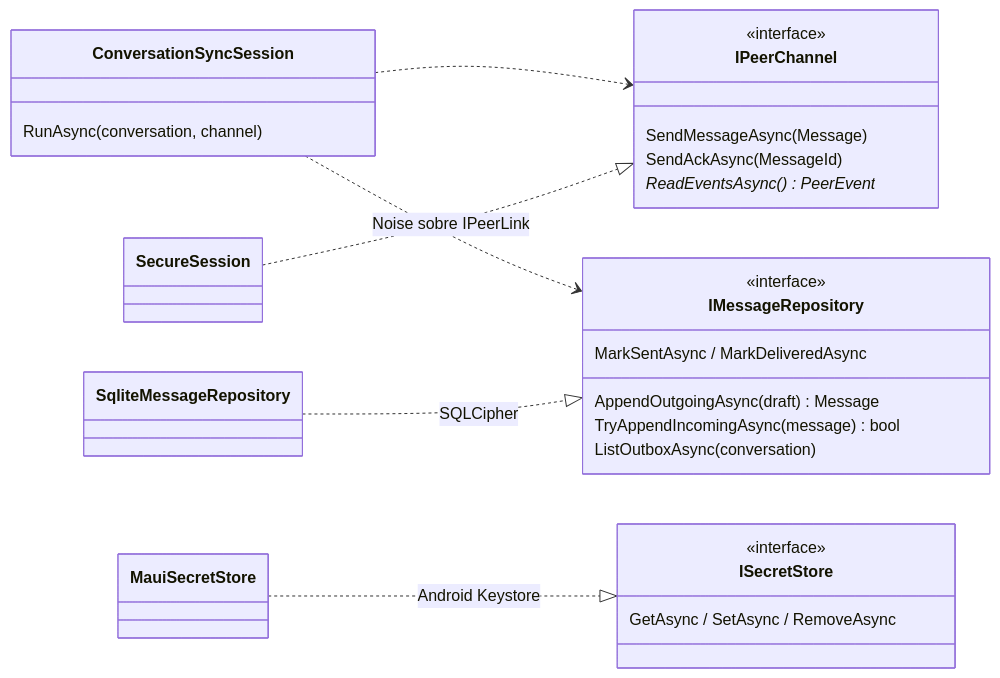
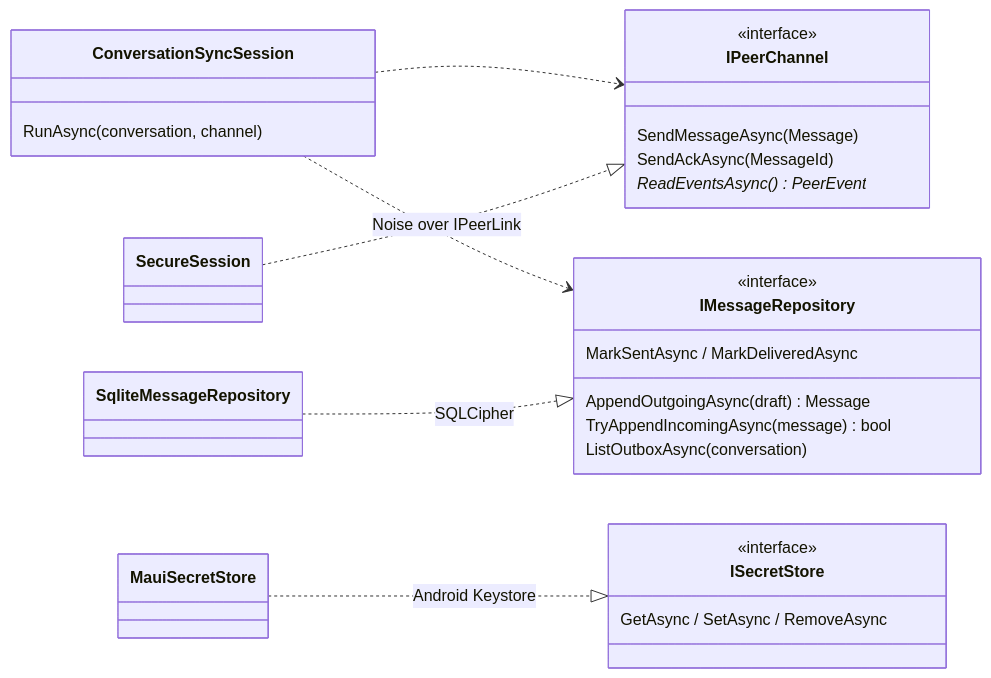
One commit to fsoftt/Murmur changed the second of 4 diagrams in website/guide/architecture.md. Above: the diagram before and after it, drawn with Mermaid. The commit also changed other lines of this file and 51 other files, not shown here.

````diff
--- a/website/guide/architecture.md
+++ b/website/guide/architecture.md
@@ -41,29 +41,29 @@
 ```mermaid
 classDiagram
     direction LR
     class IPeerChannel {
       <<interface>>
       SendMessageAsync(Message)
       SendAckAsync(MessageId)
       ReadEventsAsync() PeerEvent*
     }
     class IMessageRepository {
       <<interface>>
       AppendOutgoingAsync(draft) Message
       TryAppendIncomingAsync(message) bool
       ListOutboxAsync(conversation)
       MarkSentAsync / MarkDeliveredAsync
     }
     class ISecretStore {
       <<interface>>
       GetAsync / SetAsync / RemoveAsync
     }
     class ConversationSyncSession {
       RunAsync(conversation, channel)
     }
     ConversationSyncSession ..> IPeerChannel
     ConversationSyncSession ..> IMessageRepository
-    SecureSession ..|> IPeerChannel : Noise sobre IPeerLink
+    SecureSession ..|> IPeerChannel : Noise over IPeerLink
     SqliteMessageRepository ..|> IMessageRepository : SQLCipher
     MauiSecretStore ..|> ISecretStore : Android Keystore
 ```
````
